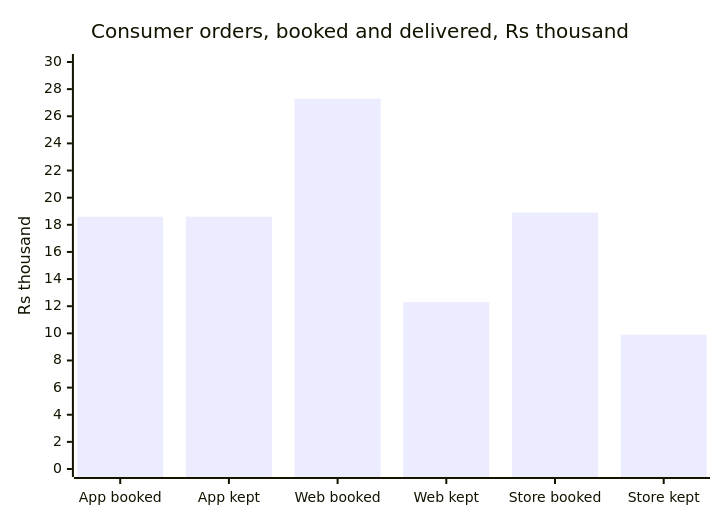
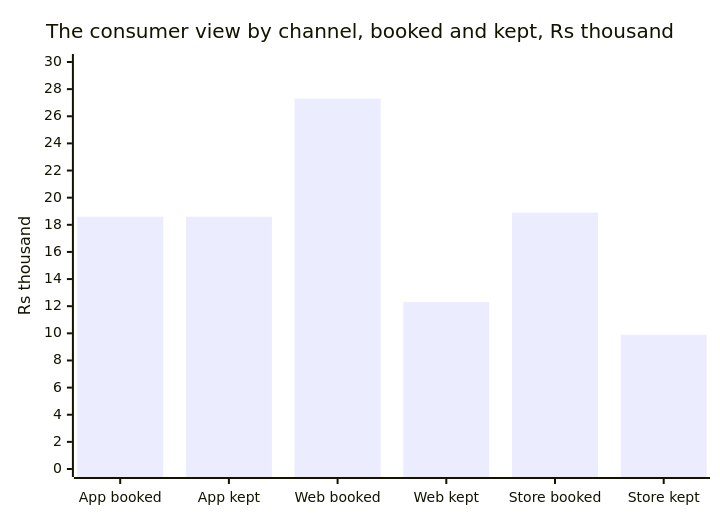
Before and after one commit to fde-academy-lab/c2-content-factory: diagram 17 of 20 in content/W01/D1/slides/C2_W01_D01_half2_STUDENT.md, drawn with Mermaid. The commit also changed other lines of this file and 22 other files, not shown here.

````diff
--- a/content/W01/D1/slides/C2_W01_D01_half2_STUDENT.md
+++ b/content/W01/D1/slides/C2_W01_D01_half2_STUDENT.md
@@ -579,7 +946,7 @@
 ```mermaid
 xychart-beta
-    title "Consumer orders, booked and delivered, Rs thousand"
+    title "The consumer view by channel, booked and kept, Rs thousand"
     x-axis ["App booked", "App kept", "Web booked", "Web kept", "Store booked", "Store kept"]
     y-axis "Rs thousand" 0 --> 30
     bar [18.6, 18.6, 27.3, 12.3, 18.9, 9.9]
 ```
````
